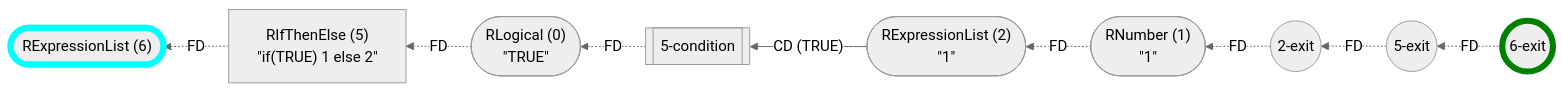
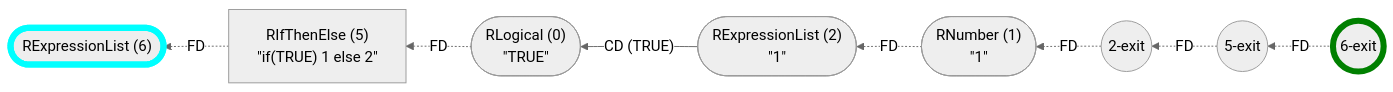
The fourth of 13 diagrams in wiki/Query API.md (flowr-analysis/flowr), drawn with Mermaid (neutral theme) before and after one commit. The commit also changed other lines of this file and 11 other files, not shown here.

Commit message:
[skip ci] doc: update generated wiki pages (wiki/Capabilities,wiki/Query API,wiki/Interface,wiki/Control Flow Graph)

````diff
--- a/wiki/Query API.md
+++ b/wiki/Query API.md
@@ -2112,25 +2313,23 @@
 ```mermaid
 flowchart RL
     n6(["`RExpressionList (6)`"])
     n5["`RIfThenElse (5)
 #34;if(TRUE) 1 else 2#34;`"]
-    n5-condition[[5-condition]]
     n5-exit((5-exit))
     n0(["`RLogical (0)
 #34;TRUE#34;`"])
     n2(["`RExpressionList (2)
 #34;1#34;`"])
     n1(["`RNumber (1)
 #34;1#34;`"])
     n2-exit((2-exit))
     n6-exit((6-exit))
     n5 -.->|"FD"| n6
     n1 -.->|"FD"| n2
     n2-exit -.->|"FD"| n1
-    n5-condition -.->|"FD"| n0
-    n2 -->|"CD (TRUE)"| n5-condition
+    n2 -->|"CD (TRUE)"| n0
     n0 -.->|"FD"| n5
     n5-exit -.->|"FD"| n2-exit
     n6-exit -.->|"FD"| n5-exit
     style n6 stroke:cyan,stroke-width:6.5px;    style n6-exit stroke:green,stroke-width:6.5px;
 ```
````
